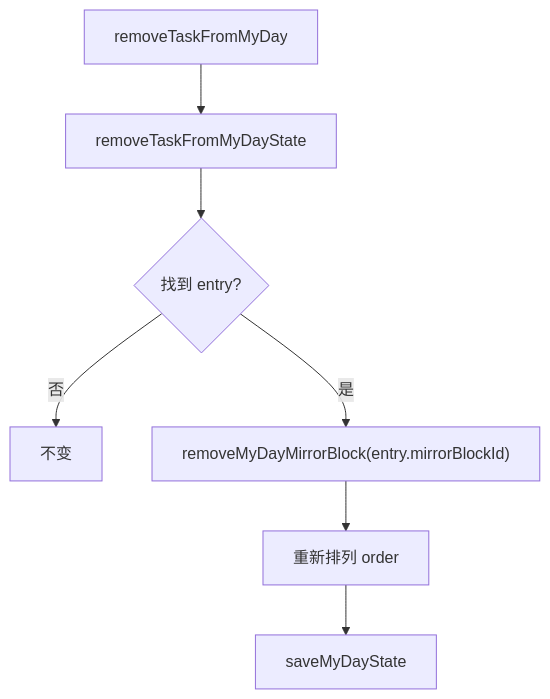
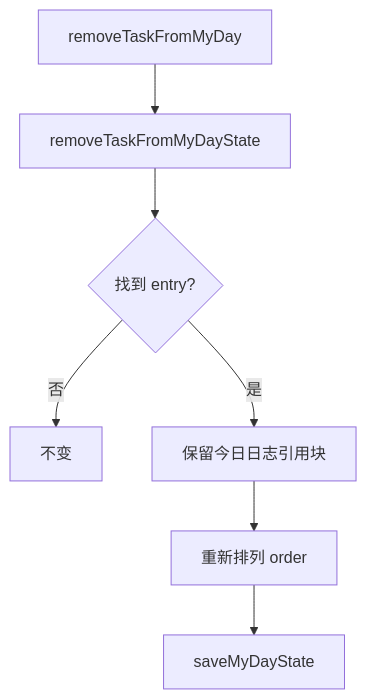
One commit to litcu/orca-plugin-task-planner changed the fifth of 7 diagrams in doc/数据流/06-我的一天数据流.md. Above: the diagram before and after it, drawn with Mermaid. The commit also changed other lines of this file and 4 other files, not shown here.

````diff
--- a/doc/数据流/06-我的一天数据流.md
+++ b/doc/数据流/06-我的一天数据流.md
@@ -119,9 +121,9 @@
 ```mermaid
 flowchart TD
   Remove["removeTaskFromMyDay"] --> Mutate["removeTaskFromMyDayState"]
   Mutate --> Removed{"找到 entry?"}
   Removed -- 否 --> Done["不变"]
-  Removed -- 是 --> DeleteMirror["removeMyDayMirrorBlock(entry.mirrorBlockId)"]
-  DeleteMirror --> Resequence["重新排列 order"]
+  Removed -- 是 --> KeepJournal["保留今日日志引用块"]
+  KeepJournal --> Resequence["重新排列 order"]
   Resequence --> Save["saveMyDayState"]
 ```
````
